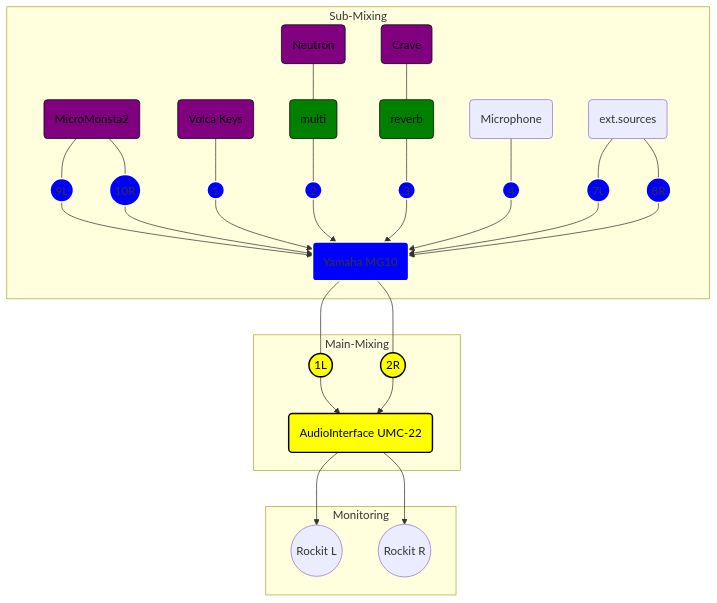
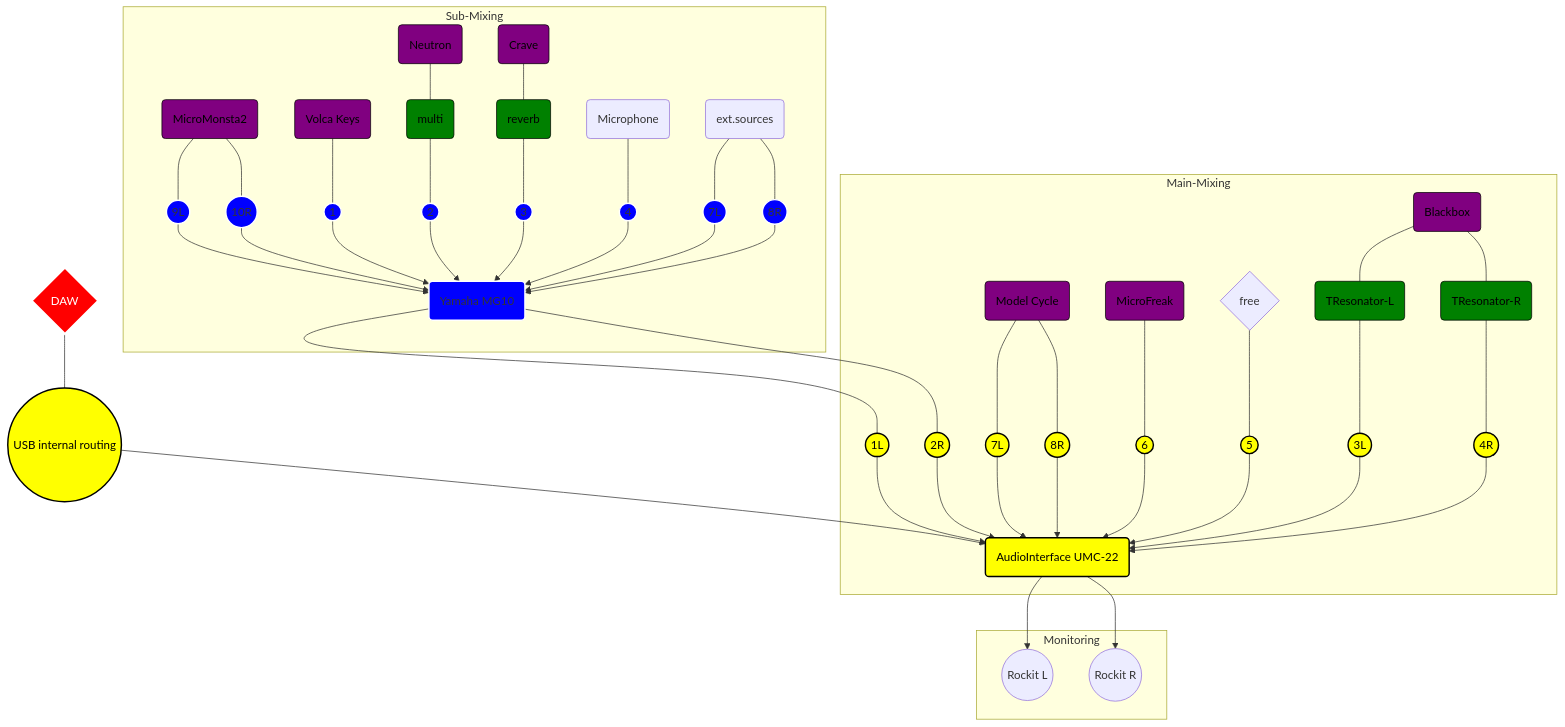
One commit to toraudio/studiosetup changed the diagram in audio-routing.md. Above: the diagram before and after it, drawn with Mermaid.

````diff
--- a/audio-routing.md
+++ b/audio-routing.md
@@ -3,25 +3,33 @@
 ```mermaid
 graph TD;
 classDef mixerclass fill:blue,stroke:white,stroke-width:2px;
 classDef synthclass fill:purple,stroke:black,stroke-width:1px,color:black;
 classDef soundclass fill:yellow,stroke:black,stroke-width:2px,color:black;
 classDef fxclass fill:green,stroke:black,stroke-width:1px,color:black;
+classDef daw fill:red,stroke:white,stroke-width:3px,color:white;
 subgraph Sub-Mixing
-B(MicroMonsta2):::synthclass --- slotm9((9L)):::mixerclass --> A(Yamaha MG10);
+B(MicroMonsta2):::synthclass --- slotm9((9L)):::mixerclass --> A(Yamaha MG10):::mixerclass;
 B(MicroMonsta2) --- slotm10((10R)):::mixerclass --> A(Yamaha MG10);
 C(Volca Keys):::synthclass --- slotm1((1)):::mixerclass --> A(Yamaha MG10);
 D(Neutron):::synthclass --- fx2(multi):::fxclass --- slotm2((2)):::mixerclass --> A(Yamaha MG10);
 E(Crave):::synthclass --- fx1(reverb):::fxclass --- slotm3((3)):::mixerclass --> A(Yamaha MG10);
 F(Microphone) --- slotm4((4)):::mixerclass --> A(Yamaha MG10);
 G(ext.sources) --- slotm7((7L)):::mixerclass --> A(Yamaha MG10);
 G(ext.sources) --- slotm8((8R)):::mixerclass --> A(Yamaha MG10);
 end
+L{DAW}:::daw --- intern((USB internal routing)):::soundclass --> Z(AudioInterface UMC-22);
 subgraph Main-Mixing
-A(Yamaha MG10):::mixerclass --- slot1((1L)):::soundclass --> Z(AudioInterface UMC-22):::soundclass;
+A(Yamaha MG10) --- slot1((1L)):::soundclass --> Z(AudioInterface UMC-22):::soundclass;
 A(Yamaha MG10) --- slot2((2R)):::soundclass --> Z(AudioInterface UMC-22);
+H(Model Cycle):::synthclass --- slot7((7L)):::soundclass --> Z(AudioInterface UMC-22);
+H(Model Cycle):::synthclass --- slot8((8R)):::soundclass --> Z(AudioInterface UMC-22);
+I(MicroFreak):::synthclass --- slot6((6)):::soundclass --> Z(AudioInterface UMC-22);
+J{free} --- slot5((5)):::soundclass --> Z(AudioInterface UMC-22);
+K(Blackbox):::synthclass --- fx3(TResonator-L):::fxclass --- slot3((3L)):::soundclass --> Z(AudioInterface UMC-22);
+K(Blackbox):::synthclass --- fx4(TResonator-R):::fxclass --- slot4((4R)):::soundclass --> Z(AudioInterface UMC-22);
 end
 subgraph Monitoring
 Z(AudioInterface UMC-22) --> mon1((Rockit L));
 Z(AudioInterface UMC-22) --> mon2((Rockit R));
 end
 ``` 
````
